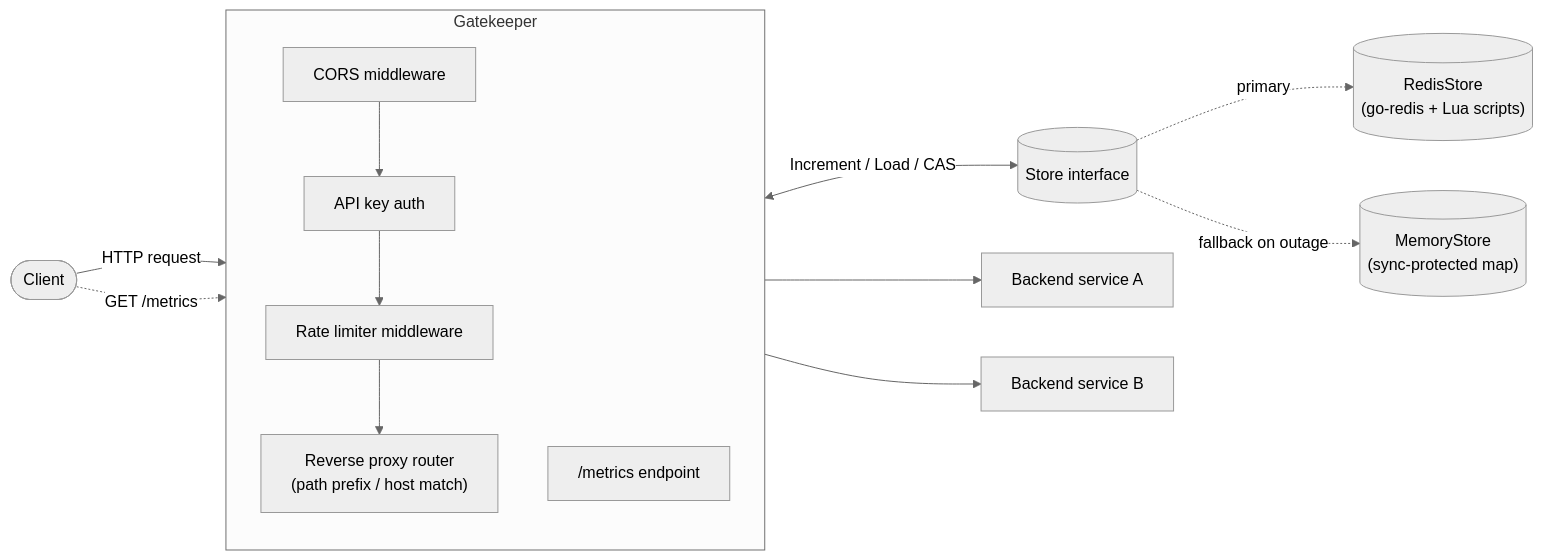
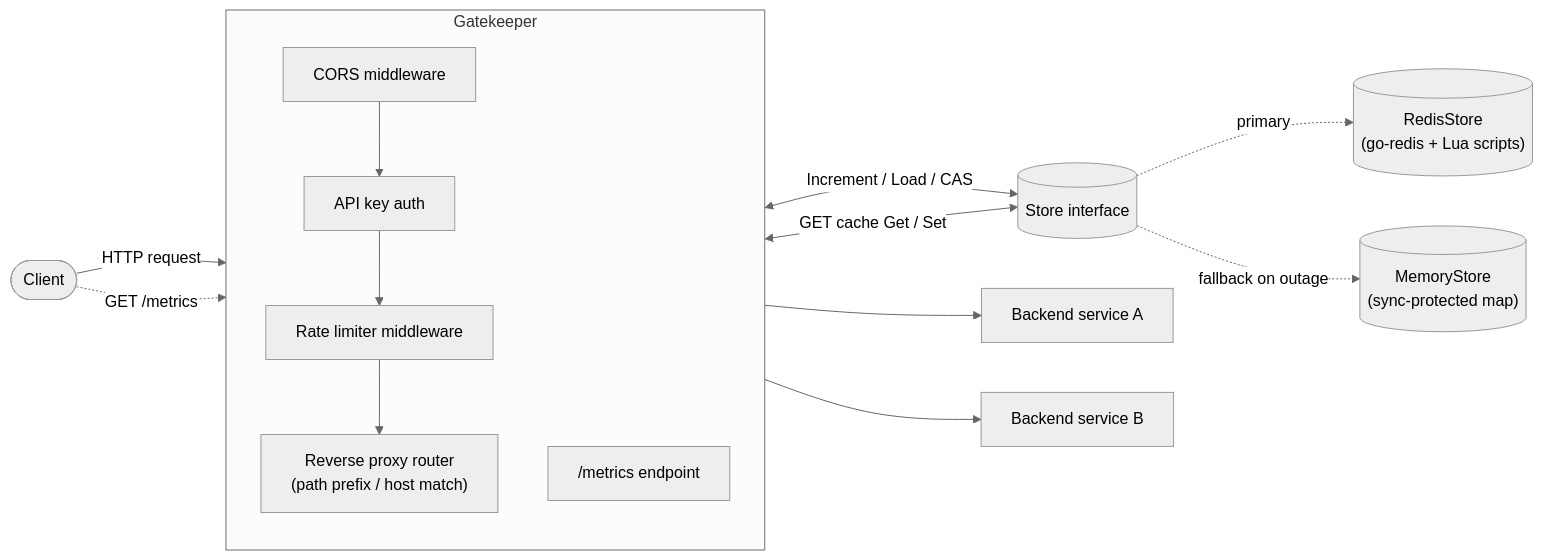
The diagram in README.md (Deipedra34/Gatekeeper), drawn with Mermaid (neutral theme) before and after one commit. The commit also changed other lines of this file and 12 other files, not shown here.

````diff
--- a/README.md
+++ b/README.md
@@ -27,29 +28,30 @@
 ```mermaid
 flowchart LR
     Client([Client])
 
     subgraph GW["Gatekeeper"]
         direction TB
         CORS["CORS middleware"]
         Auth["API key auth"]
         RL["Rate limiter middleware"]
         Proxy["Reverse proxy router\n(path prefix / host match)"]
         Metrics["/metrics endpoint"]
 
         CORS --> Auth --> RL --> Proxy
     end
 
     Store[("Store interface")]
     Mem[("MemoryStore\n(sync-protected map)")]
     Redis[("RedisStore\n(go-redis + Lua scripts)")]
 
     Client -->|HTTP request| CORS
     RL <-->|Increment / Load / CAS| Store
+    Proxy <-->|GET cache Get / Set| Store
     Store -.->|primary| Redis
     Store -.->|fallback on outage| Mem
 
     Proxy --> BackendA["Backend service A"]
     Proxy --> BackendB["Backend service B"]
 
     Client -.->|GET /metrics| Metrics
 ```
````
